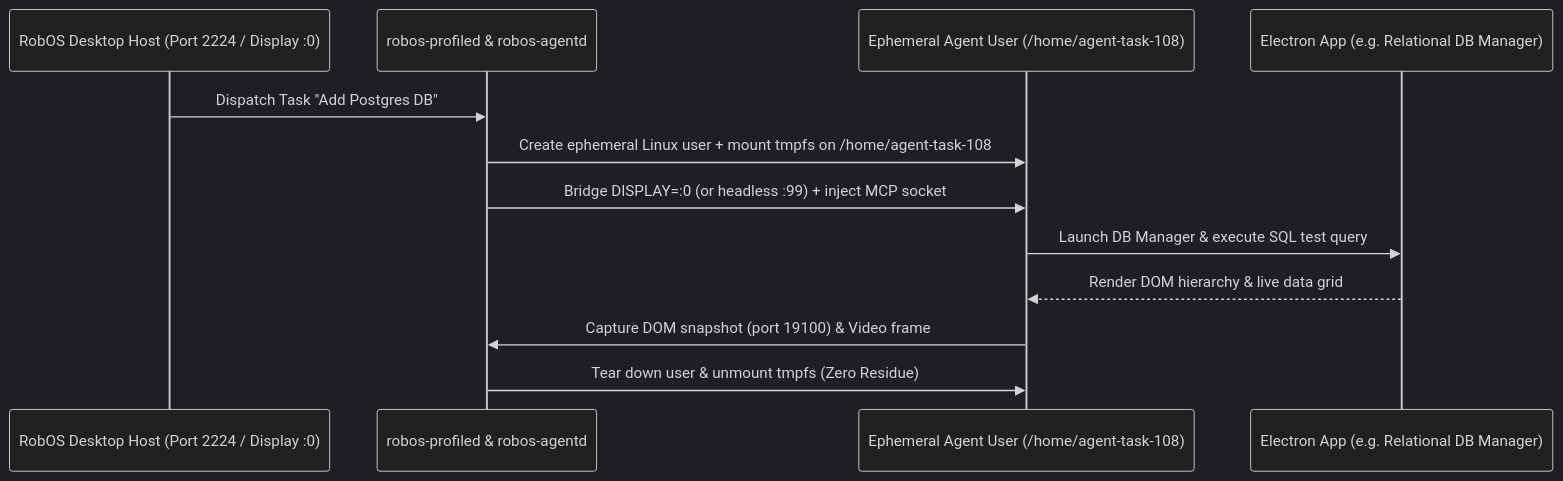
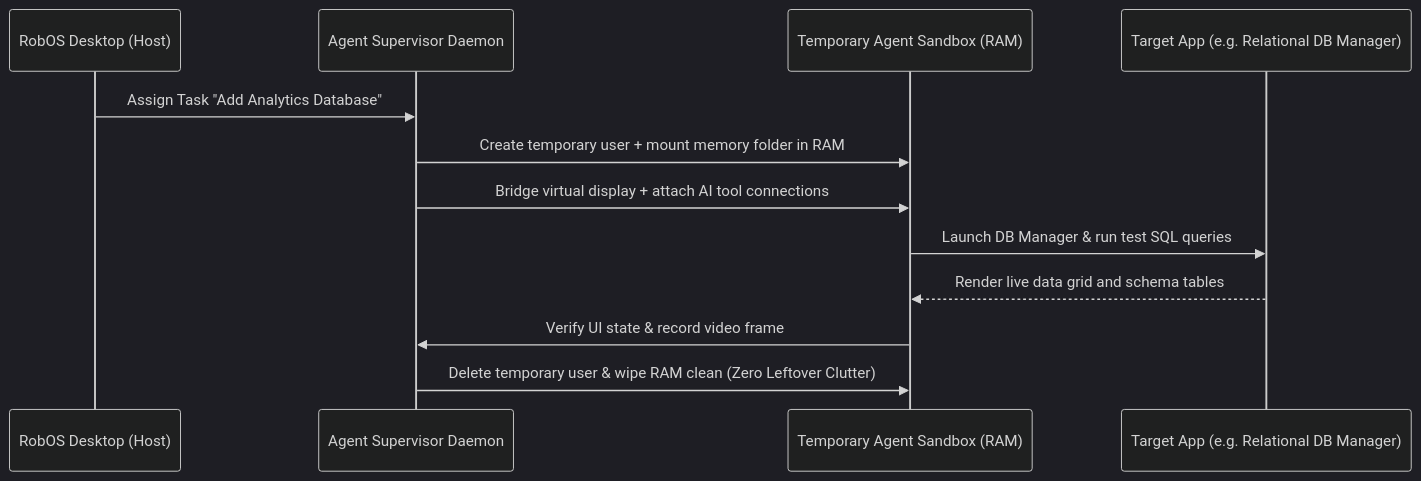
The second of 5 diagrams in docs/index.md (nddipiazza/robos), drawn with Mermaid (dark theme) before and after one commit. The commit also changed other lines of this file and 5 other files, not shown here.

````diff
--- a/docs/index.md
+++ b/docs/index.md
@@ -105,15 +105,15 @@
 ```mermaid
 sequenceDiagram
-    participant Host as RobOS Desktop Host (Port 2224 / Display :0)
-    participant Daemon as robos-profiled & robos-agentd
-    participant Agent as Ephemeral Agent User (/home/agent-task-108)
-    participant App as Electron App (e.g. Relational DB Manager)
+    participant Host as RobOS Desktop (Host)
+    participant Supervisor as Agent Supervisor Daemon
+    participant Agent as Temporary Agent Sandbox (RAM)
+    participant App as Target App (e.g. Relational DB Manager)
 
-    Host->>Daemon: Dispatch Task "Add Postgres DB"
-    Daemon->>Agent: Create ephemeral Linux user + mount tmpfs on /home/agent-task-108
-    Daemon->>Agent: Bridge DISPLAY=:0 (or headless :99) + inject MCP socket
-    Agent->>App: Launch DB Manager & execute SQL test query
-    App-->>Agent: Render DOM hierarchy & live data grid
-    Agent->>Daemon: Capture DOM snapshot (port 19100) & Video frame
-    Daemon->>Agent: Tear down user & unmount tmpfs (Zero Residue)
+    Host->>Supervisor: Assign Task "Add Analytics Database"
+    Supervisor->>Agent: Create temporary user + mount memory folder in RAM
+    Supervisor->>Agent: Bridge virtual display + attach AI tool connections
+    Agent->>App: Launch DB Manager & run test SQL queries
+    App-->>Agent: Render live data grid and schema tables
+    Agent->>Supervisor: Verify UI state & record video frame
+    Supervisor->>Agent: Delete temporary user & wipe RAM clean (Zero Leftover Clutter)
 ```
````
